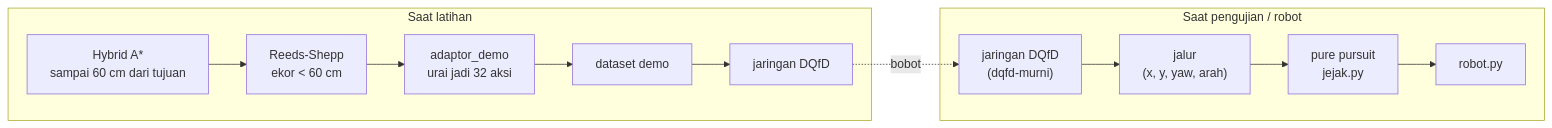
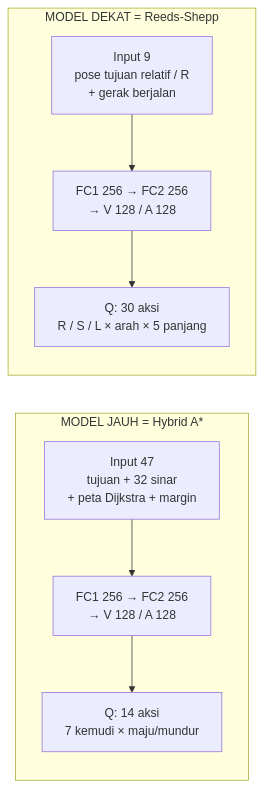
The first of 2 diagrams in Obsidian Vault/Struktur DQfD Full.md (ekanugraha337/Forklift-Control-DRL), drawn with Mermaid before and after one commit. The commit also changed other lines of this file and 16 other files, not shown here.

First line of the commit message:
ver-1-2: DQfD dua model per robot - jauh meniru Hybrid A*, dekat meniru Reeds-Shepp

````diff
--- a/Obsidian Vault/Struktur DQfD Full.md
+++ b/Obsidian Vault/Struktur DQfD Full.md
@@ -12,15 +56,9 @@
 ```mermaid
 flowchart LR
-    subgraph LATIH["Saat latihan"]
-        HA["Hybrid A*<br/>sampai 60 cm dari tujuan"] --> RS["Reeds-Shepp<br/>ekor < 60 cm"]
-        RS --> UR["adaptor_demo<br/>urai jadi 32 aksi"]
-        UR --> DS["dataset demo"]
-        DS --> NET["jaringan DQfD"]
+    subgraph J["MODEL JAUH = Hybrid A*"]
+        IJ["Input 47<br/>tujuan + 32 sinar<br/>+ peta Dijkstra + margin"] --> HJ["FC1 256 → FC2 256<br/>→ V 128 / A 128"] --> OJ["Q: 14 aksi<br/>7 kemudi × maju/mundur"]
     end
-    subgraph UJI["Saat pengujian / robot"]
-        NET2["jaringan DQfD<br/>(dqfd-murni)"] --> JL["jalur<br/>(x, y, yaw, arah)"]
-        JL --> PP["pure pursuit<br/>jejak.py"]
-        PP --> RB["robot.py"]
+    subgraph D["MODEL DEKAT = Reeds-Shepp"]
+        ID["Input 9<br/>pose tujuan relatif / R<br/>+ gerak berjalan"] --> HD["FC1 256 → FC2 256<br/>→ V 128 / A 128"] --> OD["Q: 30 aksi<br/>R / S / L × arah × 5 panjang"]
     end
-    NET -. bobot .-> NET2
 ```
````
